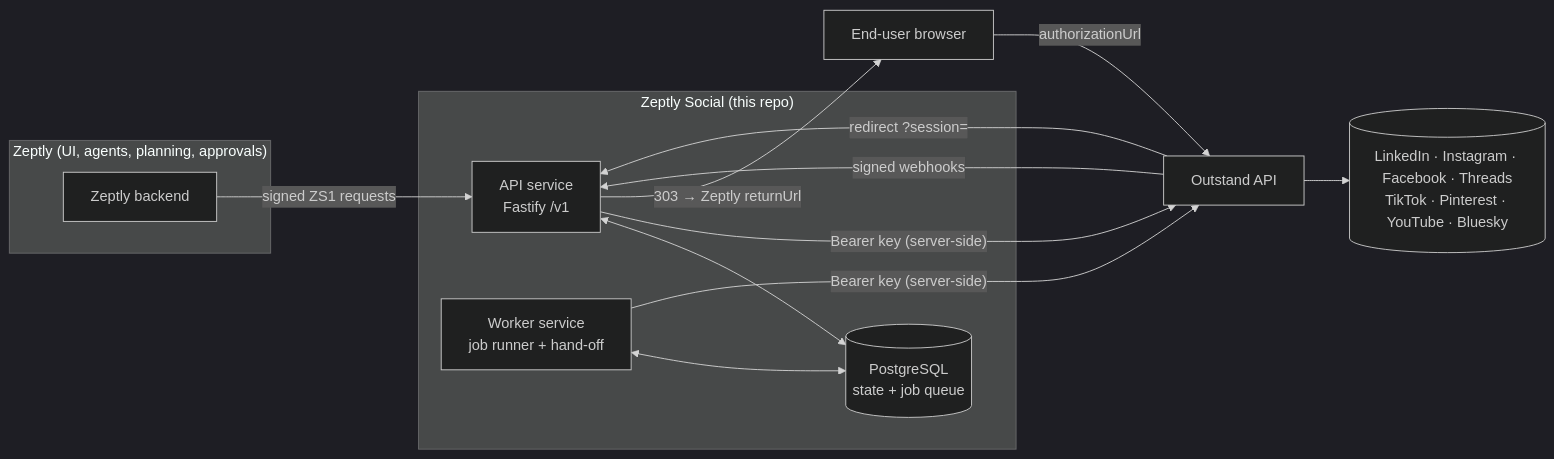
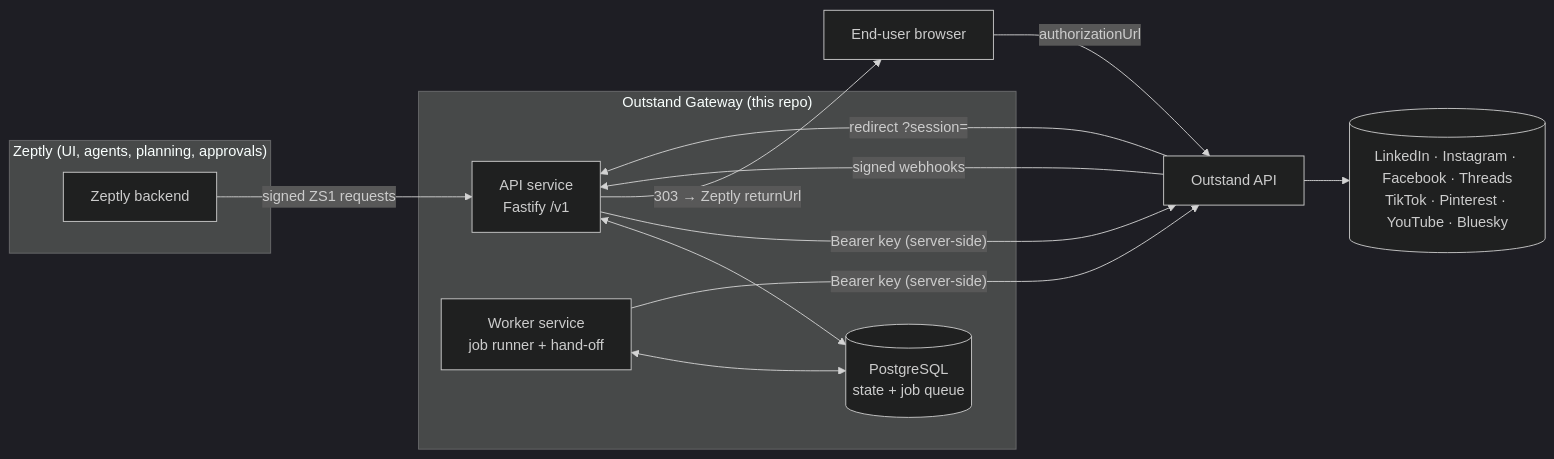
The second of 7 diagrams in docs/ARCHITECTURE.md (Zeptly/Social-Channels-Adaptor), drawn with Mermaid (dark theme) before and after one commit. The commit also changed other lines of this file and 203 other files, not shown here.

First line of the commit message:
Refactor into the Outstand Gateway (Gateway Contract v1)

````diff
--- a/docs/ARCHITECTURE.md
+++ b/docs/ARCHITECTURE.md
@@ -21,23 +95,23 @@
 ```mermaid
 flowchart LR
   subgraph Zeptly["Zeptly (UI, agents, planning, approvals)"]
     ZA[Zeptly backend]
   end
-  subgraph ZS["Zeptly Social (this repo)"]
+  subgraph ZS["Outstand Gateway (this repo)"]
     API[API service<br/>Fastify /v1]
     W[Worker service<br/>job runner + hand-off]
     DB[(PostgreSQL<br/>state + job queue)]
     API <--> DB
     W <--> DB
   end
   O[Outstand API]
   N[(LinkedIn · Instagram · Facebook · Threads<br/>TikTok · Pinterest · YouTube · Bluesky)]
   ZA -- "signed ZS1 requests" --> API
   API -- "Bearer key (server-side)" --> O
   W -- "Bearer key (server-side)" --> O
   O -- "signed webhooks" --> API
   O --> N
   Browser[End-user browser] -- "authorizationUrl" --> O
   O -- "redirect ?session=" --> API
   API -- "303 → Zeptly returnUrl" --> Browser
 ```
````
